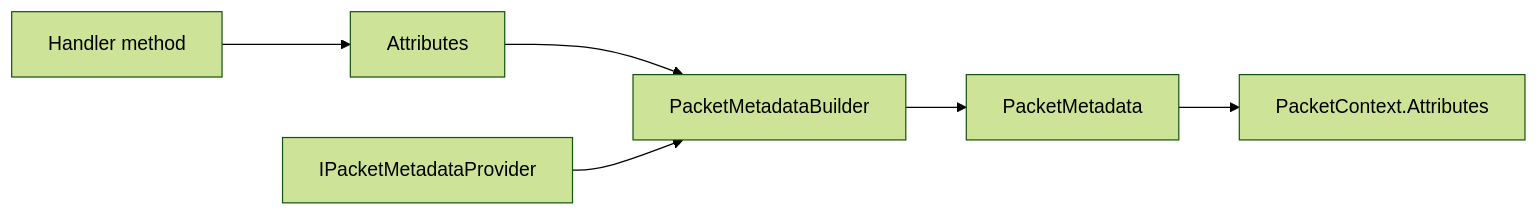
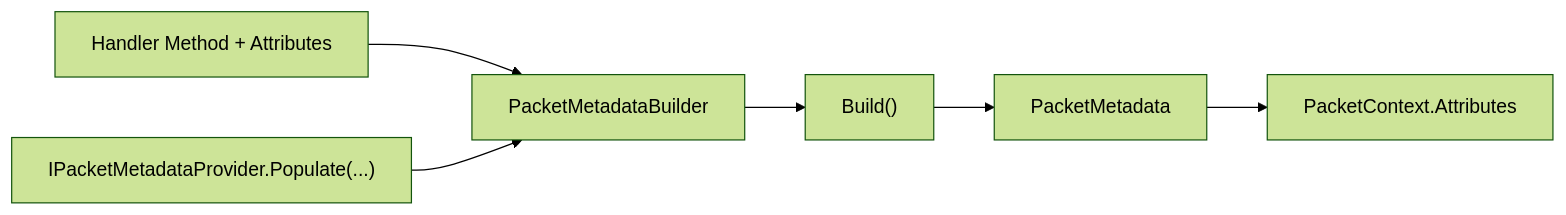
The diagram in docs/api/runtime/routing/packet-metadata.md (ppn-systems/Nalix), drawn with Mermaid (forest theme) before and after one commit. The commit also changed other lines of this file and 75 other files, not shown here.

````diff
--- a/docs/api/runtime/routing/packet-metadata.md
+++ b/docs/api/runtime/routing/packet-metadata.md
@@ -12,8 +32,8 @@
 ```mermaid
 flowchart LR
-    A["Handler method"] --> B["Attributes"]
-    B --> C["PacketMetadataBuilder"]
-    D["IPacketMetadataProvider"] --> C
-    C --> E["PacketMetadata"]
+    A["Handler Method + Attributes"] --> B["PacketMetadataBuilder"]
+    C["IPacketMetadataProvider.Populate(...) "] --> B
+    B --> D["Build()"]
+    D --> E["PacketMetadata"]
     E --> F["PacketContext.Attributes"]
 ```
````
